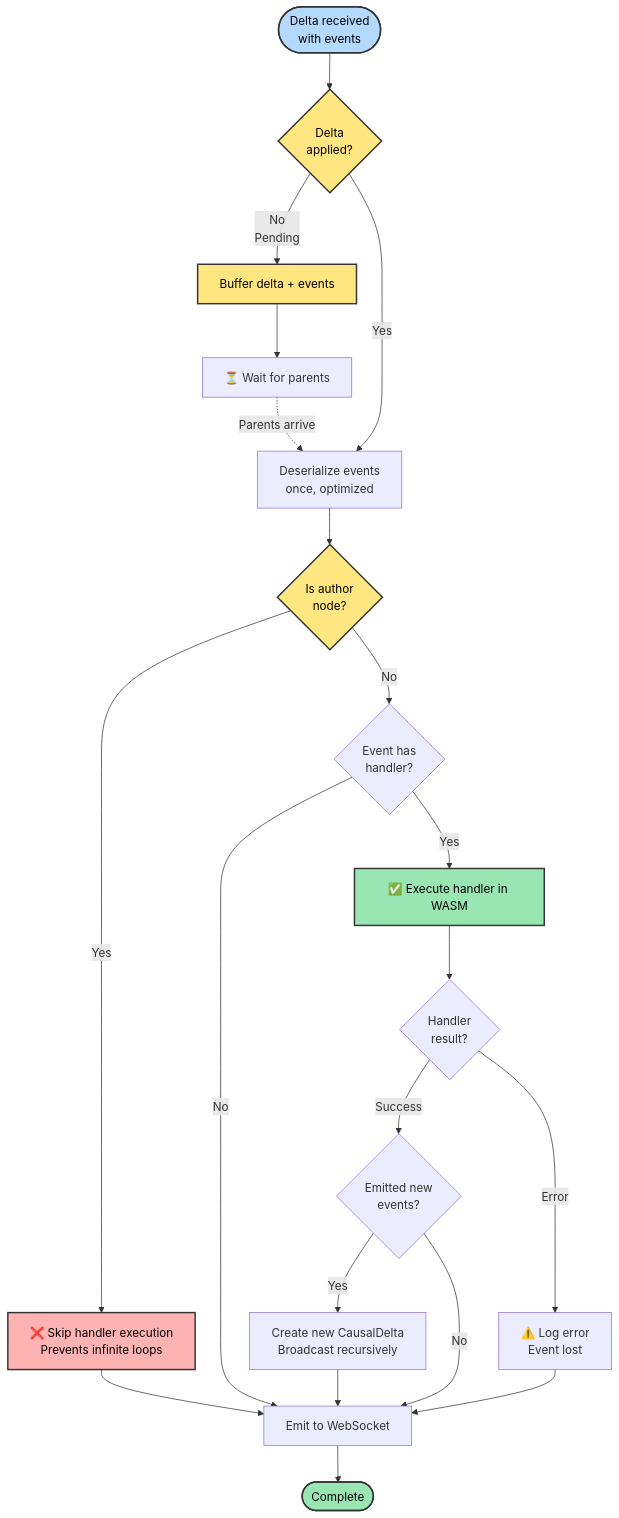
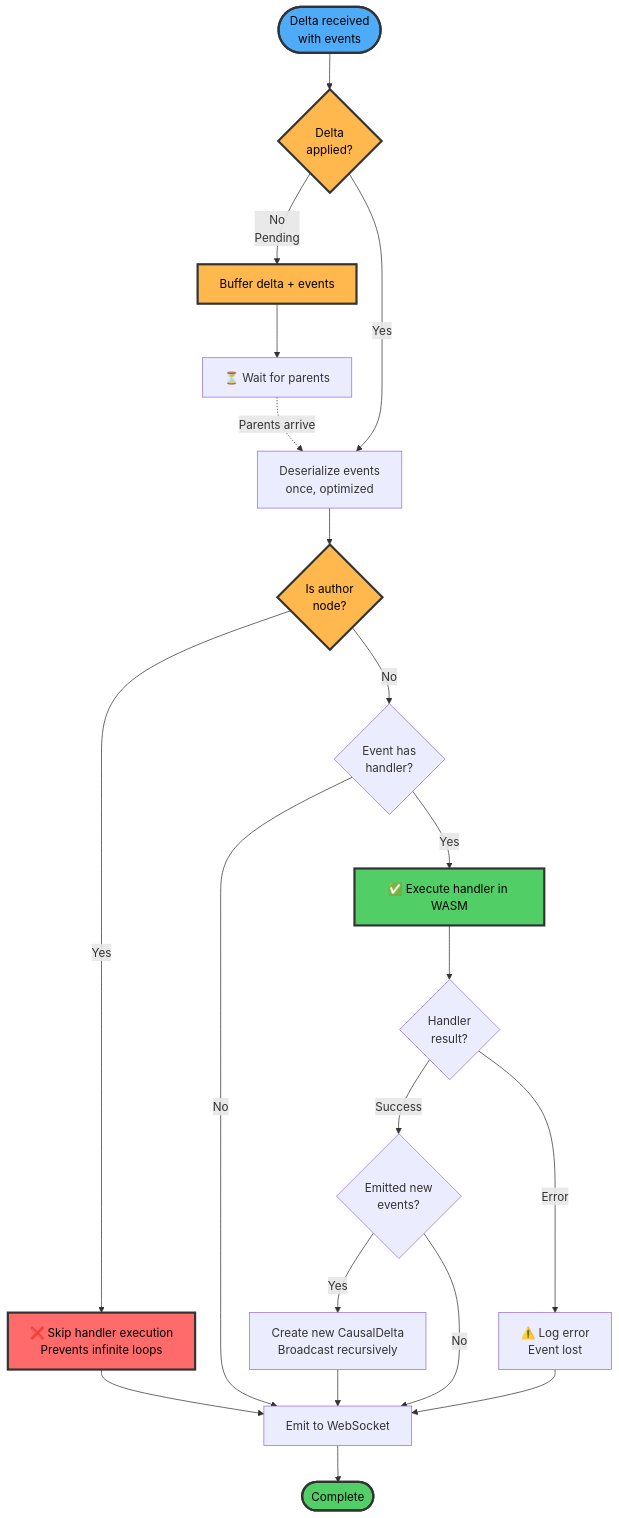
The third of 5 diagrams in crates/node/README.md (calimero-network/core), drawn with Mermaid before and after one commit. The commit also changed other lines of this file and 3 other files, not shown here.

First line of the commit message:
docs: improve mermaid diagram accessibility with high-contrast colors

````diff
--- a/crates/node/README.md
+++ b/crates/node/README.md
@@ -166,40 +166,40 @@
 ```mermaid
 flowchart TD
     Start([Delta received<br/>with events]) --> Applied{Delta<br/>applied?}
     
     Applied -->|No<br/>Pending| Buffer[Buffer delta + events]
     Applied -->|Yes| Deserialize[Deserialize events<br/>once, optimized]
     
     Buffer --> Wait[⏳ Wait for parents]
     Wait -.->|Parents arrive| Deserialize
     
     Deserialize --> AuthorCheck{Is author<br/>node?}
     
     AuthorCheck -->|Yes| Skip[❌ Skip handler execution<br/>Prevents infinite loops]
     AuthorCheck -->|No| HasHandler{Event has<br/>handler?}
     
     Skip --> EmitWS[Emit to WebSocket]
     
     HasHandler -->|No| EmitWS
     HasHandler -->|Yes| ExecuteHandler[✅ Execute handler in WASM]
     
     ExecuteHandler --> HandlerResult{Handler<br/>result?}
     
     HandlerResult -->|Success| CheckNewEvents{Emitted new<br/>events?}
     HandlerResult -->|Error| LogError[⚠️ Log error<br/>Event lost]
     
     CheckNewEvents -->|Yes| NewDelta[Create new CausalDelta<br/>Broadcast recursively]
     CheckNewEvents -->|No| EmitWS
     
     LogError --> EmitWS
     NewDelta --> EmitWS
     EmitWS --> Done([Complete])
     
-    style Start fill:#b3d9ff,stroke:#333,stroke-width:2px,color:#000
-    style Applied fill:#ffe680,stroke:#333,stroke-width:2px,color:#000
-    style AuthorCheck fill:#ffe680,stroke:#333,stroke-width:2px,color:#000
-    style Skip fill:#ffb3b3,stroke:#333,stroke-width:2px,color:#000
-    style ExecuteHandler fill:#99e6b3,stroke:#333,stroke-width:2px,color:#000
-    style Buffer fill:#ffe680,stroke:#333,stroke-width:2px,color:#000
-    style Done fill:#99e6b3,stroke:#333,stroke-width:2px,color:#000
+    style Start fill:#4DABF7,stroke:#333,stroke-width:3px,color:#000
+    style Applied fill:#FFB84D,stroke:#333,stroke-width:3px,color:#000
+    style AuthorCheck fill:#FFB84D,stroke:#333,stroke-width:3px,color:#000
+    style Skip fill:#FF6B6B,stroke:#333,stroke-width:3px,color:#000
+    style ExecuteHandler fill:#51CF66,stroke:#333,stroke-width:3px,color:#000
+    style Buffer fill:#FFB84D,stroke:#333,stroke-width:3px,color:#000
+    style Done fill:#51CF66,stroke:#333,stroke-width:3px,color:#000
 ```
````
